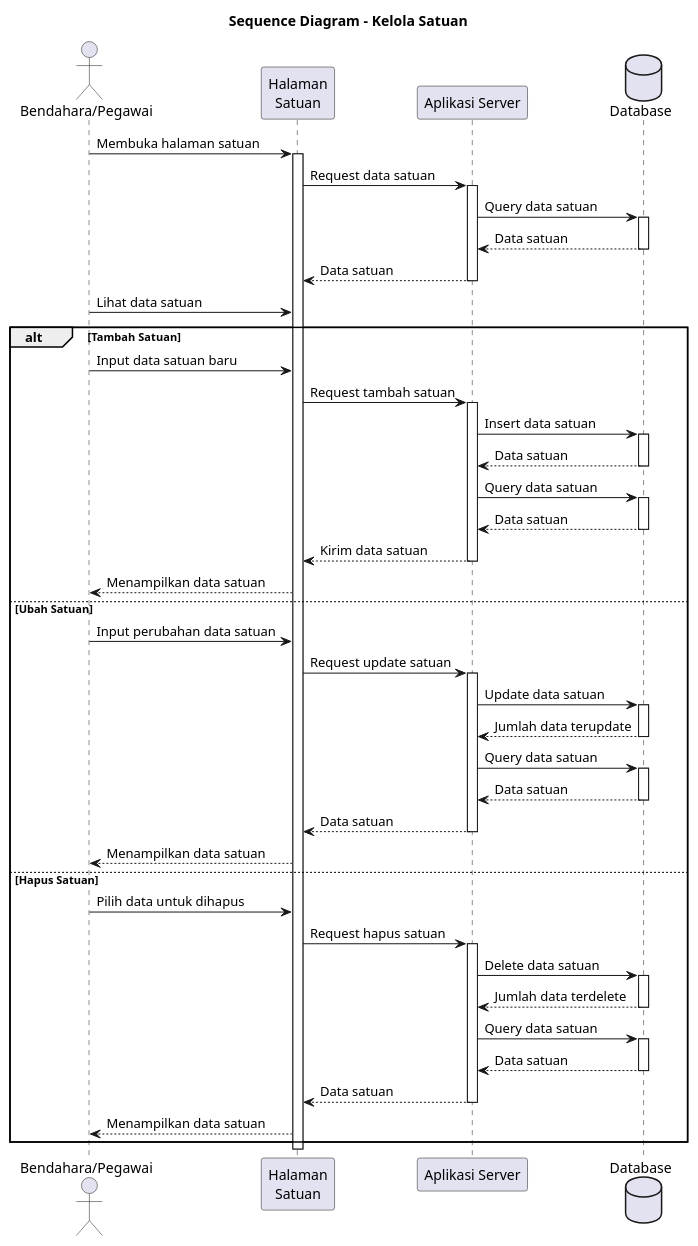
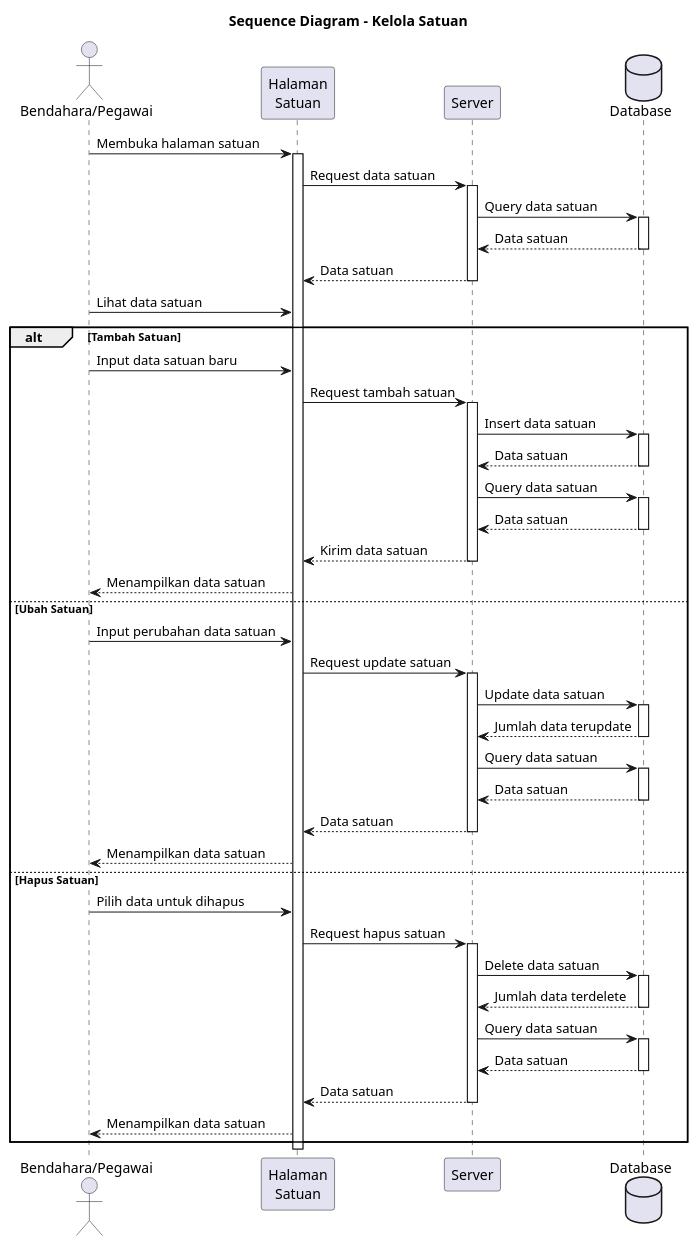
One commit to juntralala/e-atk changed the diagram in docs/sequence/item-management/unit-management.puml. Above: the diagram before and after it, drawn with PlantUML. The commit also changed 38 other files, not shown here.

```diff
--- a/docs/sequence/item-management/unit-management.puml
+++ b/docs/sequence/item-management/unit-management.puml
@@ -1,72 +1,72 @@
 @startuml Sequence Diagram Kelola Satuan
 title Sequence Diagram - Kelola Satuan
 
 actor "Bendahara/Pegawai" as actor1
 participant "Halaman\nSatuan" as satuan
-participant "Aplikasi Server" as sistem
+participant "Server" as sistem
 database "Database" as db
 
 actor1 -> satuan: Membuka halaman satuan
 activate satuan
 satuan -> sistem: Request data satuan
 activate sistem
 sistem -> db: Query data satuan
 activate db
 db --> sistem: Data satuan
 deactivate db
 sistem --> satuan: Data satuan
 deactivate sistem
 
 actor1 -> satuan: Lihat data satuan
 
 alt Tambah Satuan
     actor1 -> satuan: Input data satuan baru
     satuan -> sistem: Request tambah satuan
     activate sistem
     sistem -> db: Insert data satuan
     activate db
     db --> sistem: Data satuan
     deactivate db
     sistem -> db: Query data satuan
     activate db
     db --> sistem: Data satuan
     deactivate db
     sistem --> satuan: Kirim data satuan
     deactivate sistem
     satuan --> actor1: Menampilkan data satuan
     
 else Ubah Satuan
     actor1 -> satuan: Input perubahan data satuan
     satuan -> sistem: Request update satuan
     activate sistem
     sistem -> db: Update data satuan
     activate db
     db --> sistem: Jumlah data terupdate
     deactivate db
     sistem -> db: Query data satuan
     activate db
     db --> sistem: Data satuan
     deactivate db
     sistem --> satuan: Data satuan
     deactivate sistem
     satuan --> actor1: Menampilkan data satuan
     
 else Hapus Satuan
     actor1 -> satuan: Pilih data untuk dihapus
     satuan -> sistem: Request hapus satuan
     activate sistem
     sistem -> db: Delete data satuan
     activate db
     db --> sistem: Jumlah data terdelete
     deactivate db
     sistem -> db: Query data satuan
     activate db
     db --> sistem: Data satuan
     deactivate db
     sistem --> satuan: Data satuan
     deactivate sistem
     satuan --> actor1: Menampilkan data satuan
 end
 deactivate satuan
 
 @enduml
```
